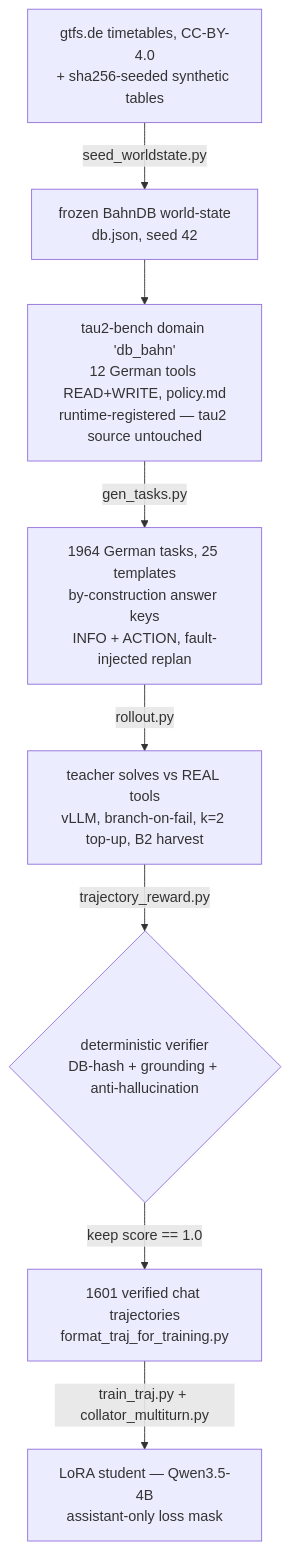
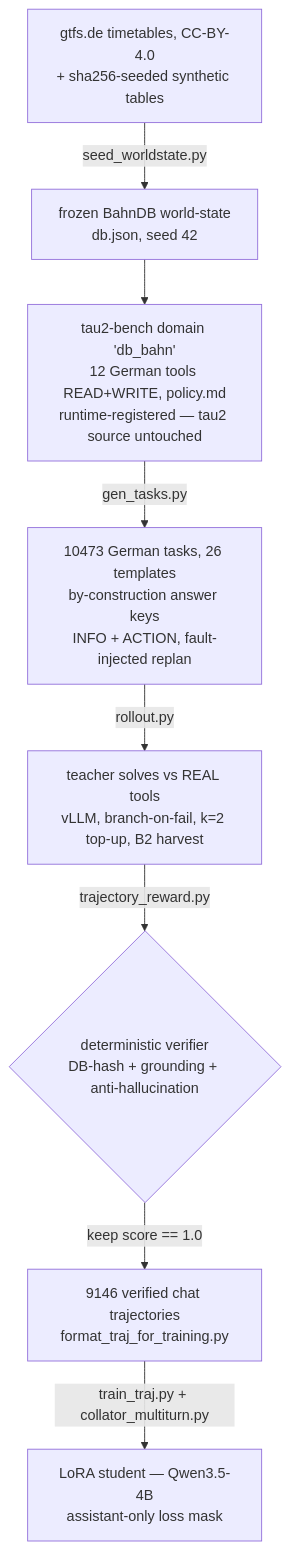
Before and after one commit to JanneckGit/slm-agentic-training-pipeline: the diagram in README.md, drawn with Mermaid. The commit also changed other lines of this file and 5 other files, not shown here.

````diff
--- a/README.md
+++ b/README.md
@@ -31,10 +31,10 @@
 ```mermaid
 flowchart TD
     A["gtfs.de timetables, CC-BY-4.0<br/>+ sha256-seeded synthetic tables"] -->|seed_worldstate.py| B["frozen BahnDB world-state<br/>db.json, seed 42"]
     B --> C["tau2-bench domain 'db_bahn'<br/>12 German tools READ+WRITE, policy.md<br/>runtime-registered — tau2 source untouched"]
-    C -->|gen_tasks.py| D["1964 German tasks, 25 templates<br/>by-construction answer keys<br/>INFO + ACTION, fault-injected replan"]
+    C -->|gen_tasks.py| D["10473 German tasks, 26 templates<br/>by-construction answer keys<br/>INFO + ACTION, fault-injected replan"]
     D -->|rollout.py| E["teacher solves vs REAL tools<br/>vLLM, branch-on-fail, k=2 top-up, B2 harvest"]
     E -->|trajectory_reward.py| F{"deterministic verifier<br/>DB-hash + grounding + anti-hallucination"}
-    F -->|keep score == 1.0| G["1601 verified chat trajectories<br/>format_traj_for_training.py"]
+    F -->|keep score == 1.0| G["9146 verified chat trajectories<br/>format_traj_for_training.py"]
     G -->|train_traj.py + collator_multiturn.py| H["LoRA student — Qwen3.5-4B<br/>assistant-only loss mask"]
 ```
````
